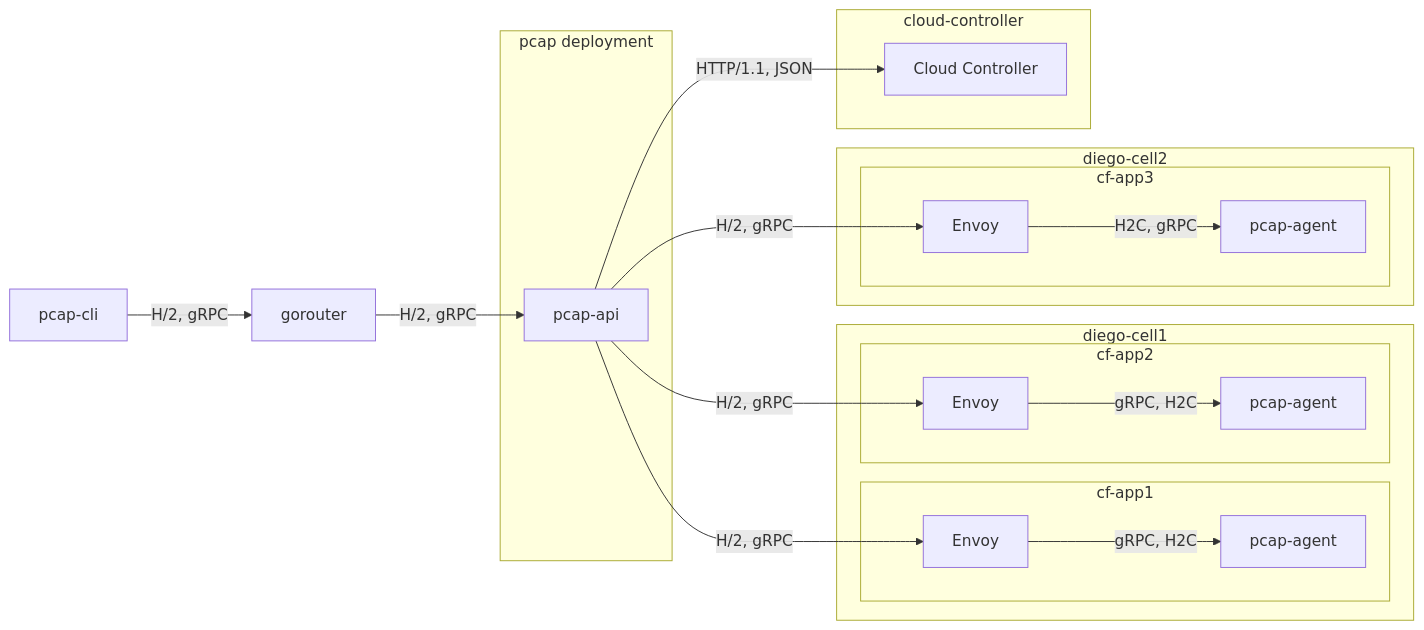
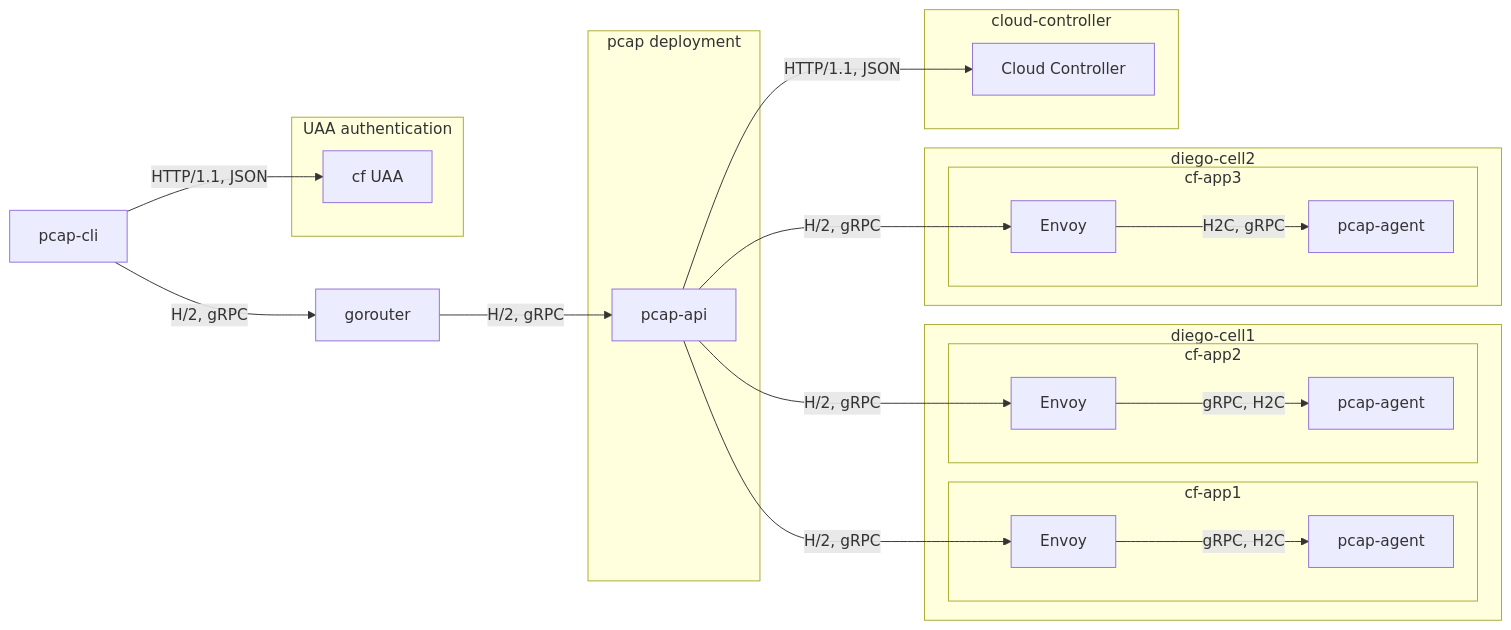
The first of 19 diagrams in docs/api-communication-spec.md (cloudfoundry/pcap-release), drawn with Mermaid before and after one commit.

Commit message:
docs(api): add UAA flow.

````diff
--- a/docs/api-communication-spec.md
+++ b/docs/api-communication-spec.md
@@ -17,29 +17,33 @@
 ```mermaid
 graph LR
+    subgraph UAA authentication
+        cf[cf UAA]
+    end
+    pcap-cli -->|HTTP/1.1, JSON| cf[cf UAA]
     pcap-cli -->|H/2, gRPC| gorouter
     gorouter -->|H/2, gRPC| pcap-api
 
     subgraph pcap deployment
         pcap-api
     end
     
     subgraph diego-cell1
         subgraph cf-app1
             pcap-api -->|H/2, gRPC| c1e[Envoy]
             c1e -->|gRPC, H2C| c1[pcap-agent]
         end 
         subgraph cf-app2
             pcap-api -->|H/2, gRPC| c2e[Envoy]
             c2e -->|gRPC, H2C| c2[pcap-agent]
         end 
     end
     subgraph diego-cell2
         subgraph cf-app3
             pcap-api -->|H/2, gRPC| c3e[Envoy]
             c3e -->|H2C, gRPC| c3[pcap-agent]
         end 
     end
     subgraph cloud-controller
         pcap-api -->|HTTP/1.1, JSON| cc[Cloud Controller]
     end
 ```
````
